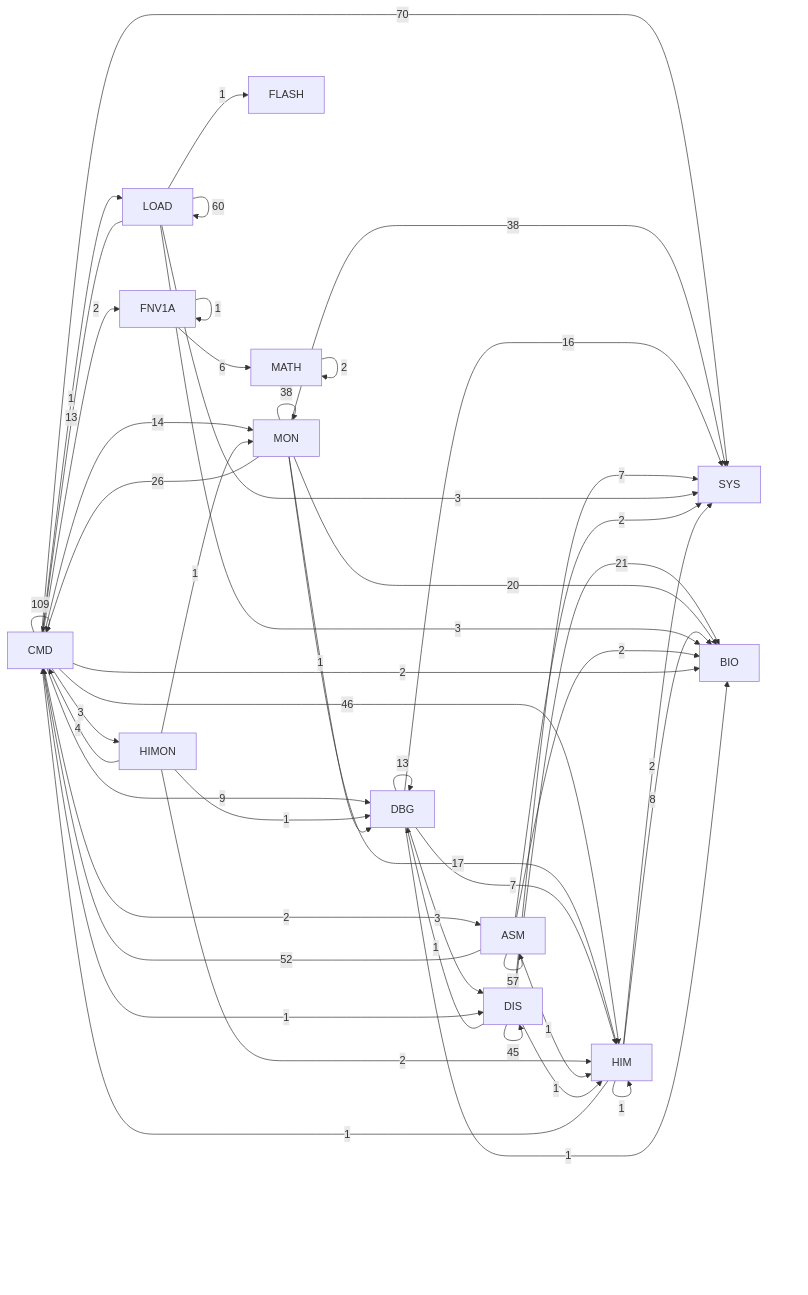
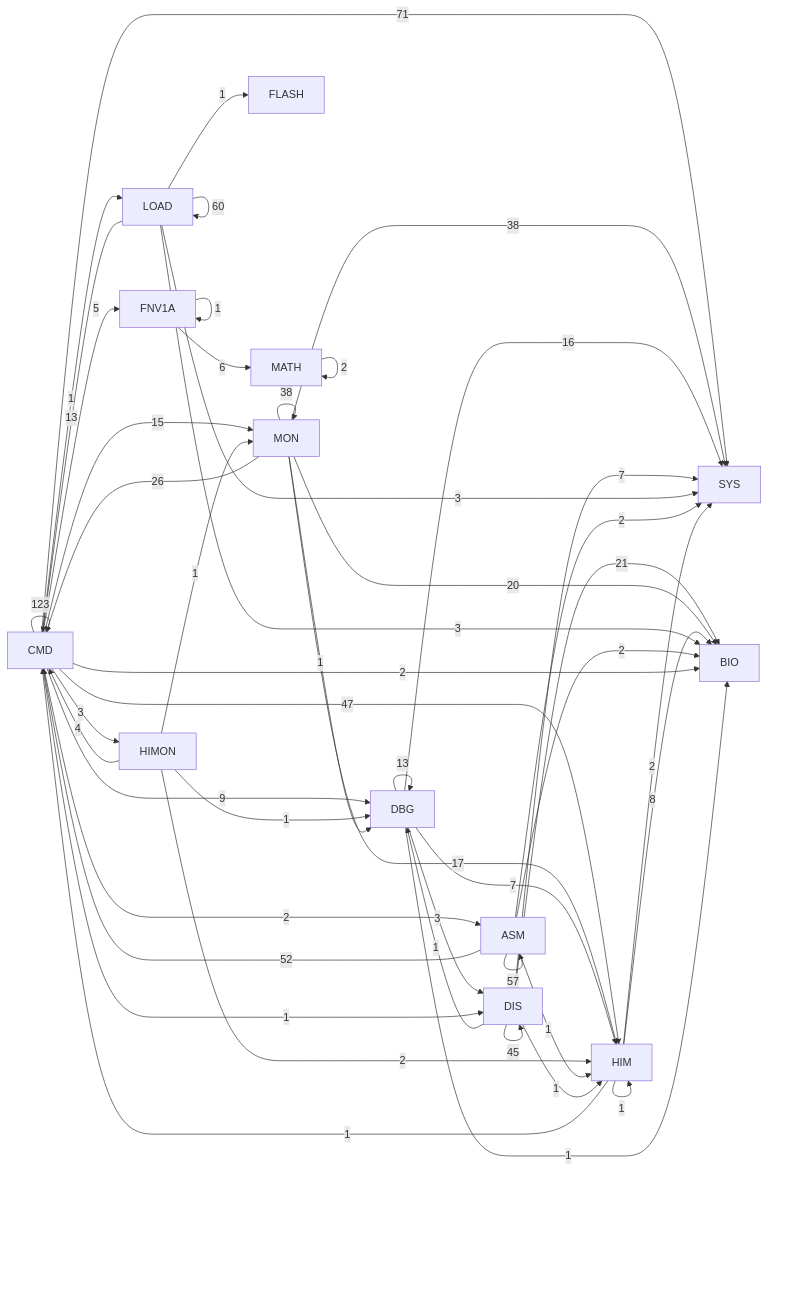
Before and after one commit to 95westus/R-YORS: the diagram in DOC/GENERATED/HIMON_SUPPORT_MAP.md, drawn with Mermaid. The commit also changed other lines of this file and 114 other files, not shown here.

````diff
--- a/DOC/GENERATED/HIMON_SUPPORT_MAP.md
+++ b/DOC/GENERATED/HIMON_SUPPORT_MAP.md
@@ -10,51 +10,51 @@
 ```mermaid
 flowchart LR
-    P_CMD[CMD] -->|109| P_CMD[CMD]
-    P_CMD[CMD] -->|70| P_SYS[SYS]
+    P_CMD[CMD] -->|123| P_CMD[CMD]
+    P_CMD[CMD] -->|71| P_SYS[SYS]
     P_LOAD[LOAD] -->|60| P_LOAD[LOAD]
     P_ASM[ASM] -->|57| P_ASM[ASM]
     P_ASM[ASM] -->|52| P_CMD[CMD]
-    P_CMD[CMD] -->|46| P_HIM[HIM]
+    P_CMD[CMD] -->|47| P_HIM[HIM]
     P_DIS[DIS] -->|45| P_DIS[DIS]
     P_MON[MON] -->|38| P_MON[MON]
     P_MON[MON] -->|38| P_SYS[SYS]
     P_MON[MON] -->|26| P_CMD[CMD]
     P_DIS[DIS] -->|21| P_BIO[BIO]
     P_MON[MON] -->|20| P_BIO[BIO]
     P_MON[MON] -->|17| P_HIM[HIM]
     P_DBG[DBG] -->|16| P_SYS[SYS]
-    P_CMD[CMD] -->|14| P_MON[MON]
+    P_CMD[CMD] -->|15| P_MON[MON]
     P_DBG[DBG] -->|13| P_DBG[DBG]
     P_LOAD[LOAD] -->|13| P_CMD[CMD]
     P_CMD[CMD] -->|9| P_DBG[DBG]
     P_HIM[HIM] -->|8| P_BIO[BIO]
     P_DBG[DBG] -->|7| P_HIM[HIM]
     P_DIS[DIS] -->|7| P_SYS[SYS]
     P_FNV1A[FNV1A] -->|6| P_MATH[MATH]
+    P_CMD[CMD] -->|5| P_FNV1A[FNV1A]
     P_HIMON[HIMON] -->|4| P_CMD[CMD]
     P_CMD[CMD] -->|3| P_HIMON[HIMON]
     P_DBG[DBG] -->|3| P_DIS[DIS]
     P_LOAD[LOAD] -->|3| P_BIO[BIO]
     P_LOAD[LOAD] -->|3| P_SYS[SYS]
     P_ASM[ASM] -->|2| P_BIO[BIO]
     P_ASM[ASM] -->|2| P_SYS[SYS]
     P_CMD[CMD] -->|2| P_ASM[ASM]
     P_CMD[CMD] -->|2| P_BIO[BIO]
-    P_CMD[CMD] -->|2| P_FNV1A[FNV1A]
     P_HIM[HIM] -->|2| P_SYS[SYS]
     P_HIMON[HIMON] -->|2| P_HIM[HIM]
     P_MATH[MATH] -->|2| P_MATH[MATH]
     P_ASM[ASM] -->|1| P_HIM[HIM]
     P_CMD[CMD] -->|1| P_DIS[DIS]
     P_CMD[CMD] -->|1| P_LOAD[LOAD]
     P_DBG[DBG] -->|1| P_BIO[BIO]
     P_DIS[DIS] -->|1| P_DBG[DBG]
     P_DIS[DIS] -->|1| P_HIM[HIM]
     P_FNV1A[FNV1A] -->|1| P_FNV1A[FNV1A]
     P_HIM[HIM] -->|1| P_CMD[CMD]
     P_HIM[HIM] -->|1| P_HIM[HIM]
     P_HIMON[HIMON] -->|1| P_DBG[DBG]
     P_HIMON[HIMON] -->|1| P_MON[MON]
     P_LOAD[LOAD] -->|1| P_FLASH[FLASH]
     P_MON[MON] -->|1| P_DBG[DBG]
 ```
````
